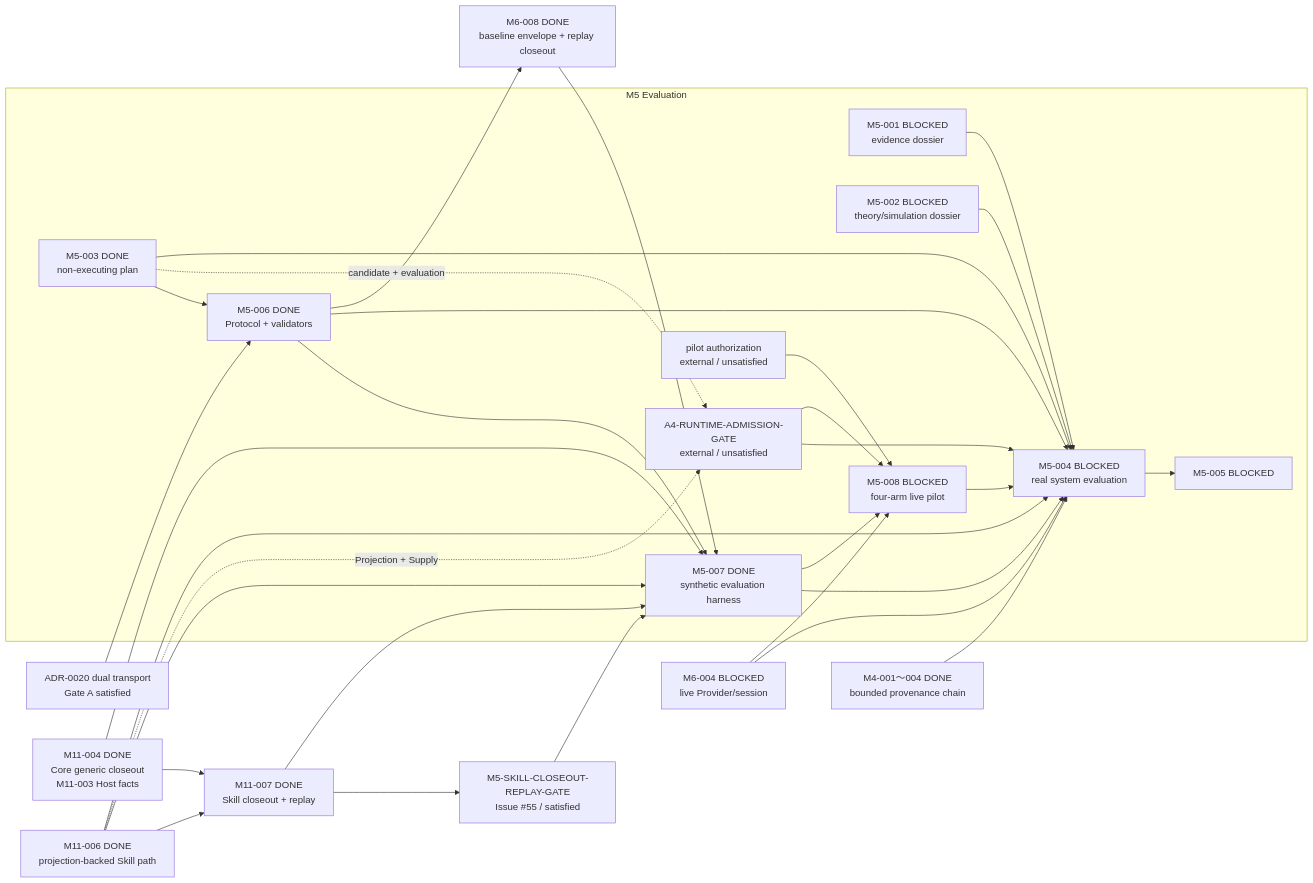
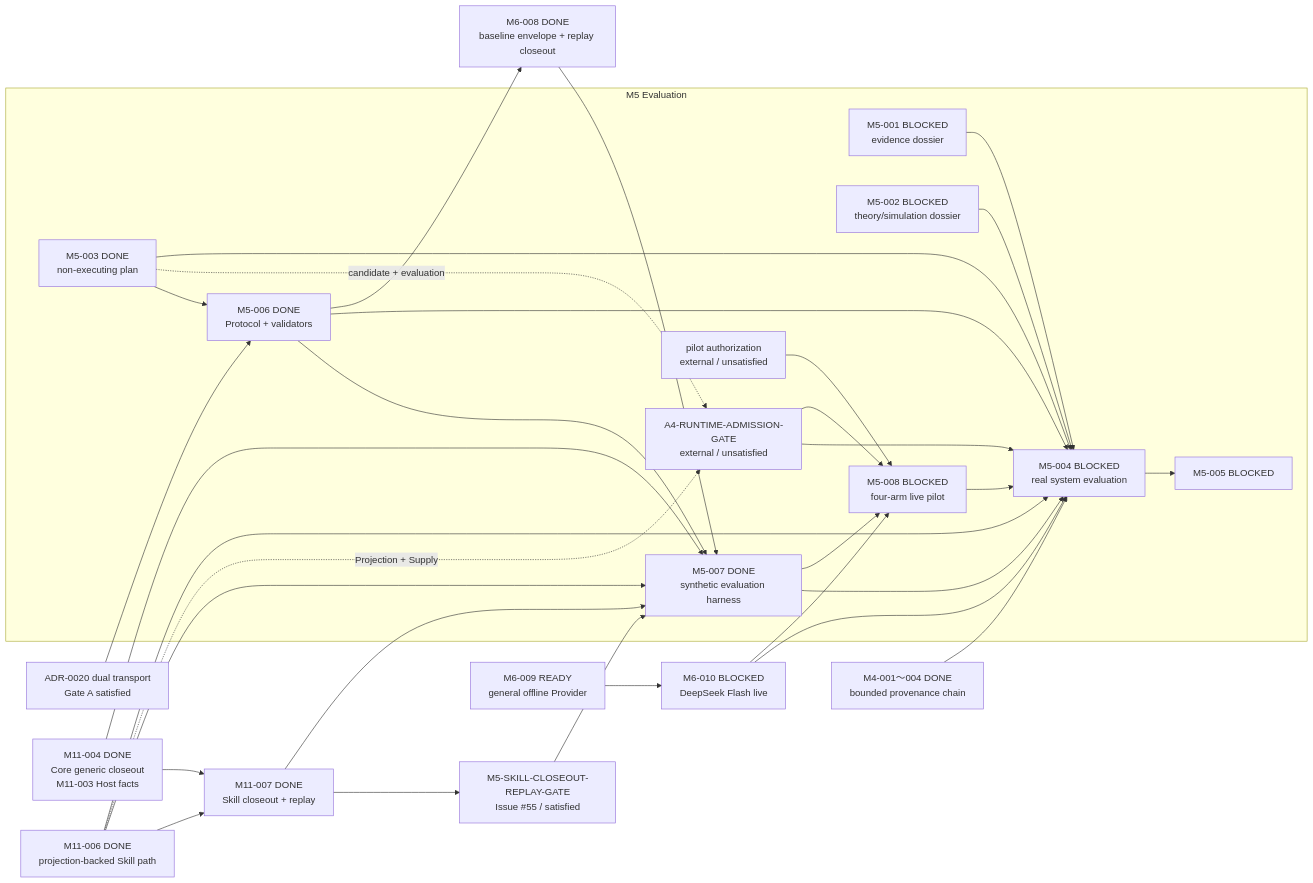
The third of 5 diagrams in docs/M_SERIES_IMPLEMENTATION_MAP.md (Chengyue-Lu/research-agent-workbench), drawn with Mermaid before and after one commit. The commit also changed other lines of this file and 12 other files, not shown here.

Commit message:
docs(provider): define general API profiles and Flash conformance

````diff
--- a/docs/M_SERIES_IMPLEMENTATION_MAP.md
+++ b/docs/M_SERIES_IMPLEMENTATION_MAP.md
@@ -99,35 +99,36 @@
 ```mermaid
 flowchart LR
     subgraph M5["M5 Evaluation"]
         M5001["M5-001 BLOCKED<br/>evidence dossier"] --> M5004["M5-004 BLOCKED<br/>real system evaluation"]
         M5002["M5-002 BLOCKED<br/>theory/simulation dossier"] --> M5004
         M5003["M5-003 DONE<br/>non-executing plan"] --> M5006["M5-006 DONE<br/>Protocol + validators"]
         M5006 --> M5007["M5-007 DONE<br/>synthetic evaluation harness"]
         M5003 -. "candidate + evaluation" .-> A4G["A4-RUNTIME-ADMISSION-GATE<br/>external / unsatisfied"]
         A4G --> M5004
         M5003 --> M5004
         M5006 --> M5004
         M5007 --> M5004
         M5007 --> M5008["M5-008 BLOCKED<br/>four-arm live pilot"]
         A4G --> M5008
         PG["pilot authorization<br/>external / unsatisfied"] --> M5008
         M5008 --> M5004
         M5004 --> M5005["M5-005 BLOCKED"]
     end
 
     M4Done["M4-001～004 DONE<br/>bounded provenance chain"] --> M5004
     BTG["ADR-0020 dual transport<br/>Gate A satisfied"] --> M5006
     M5006 --> M6008["M6-008 DONE<br/>baseline envelope + replay closeout"]
     M6008 --> M5007
     M1104["M11-004 DONE<br/>Core generic closeout<br/>M11-003 Host facts"] --> M5007
     M1106["M11-006 DONE<br/>projection-backed Skill path"] --> M5007
     M1104 --> M1107["M11-007 DONE<br/>Skill closeout + replay"]
     M1106 --> M1107
     M1107 --> M5007
     M1107 --> SCG
     SCG["M5-SKILL-CLOSEOUT-REPLAY-GATE<br/>Issue #55 / satisfied"] --> M5007
     M1106 -. "Projection + Supply" .-> A4G
     M1106 --> M5004
-    M6004["M6-004 BLOCKED<br/>live Provider/session"] --> M5004
-    M6004 --> M5008
+    M6009["M6-009 READY<br/>general offline Provider"] --> M6010["M6-010 BLOCKED<br/>DeepSeek Flash live"]
+    M6010 --> M5004
+    M6010 --> M5008
 ```
````
